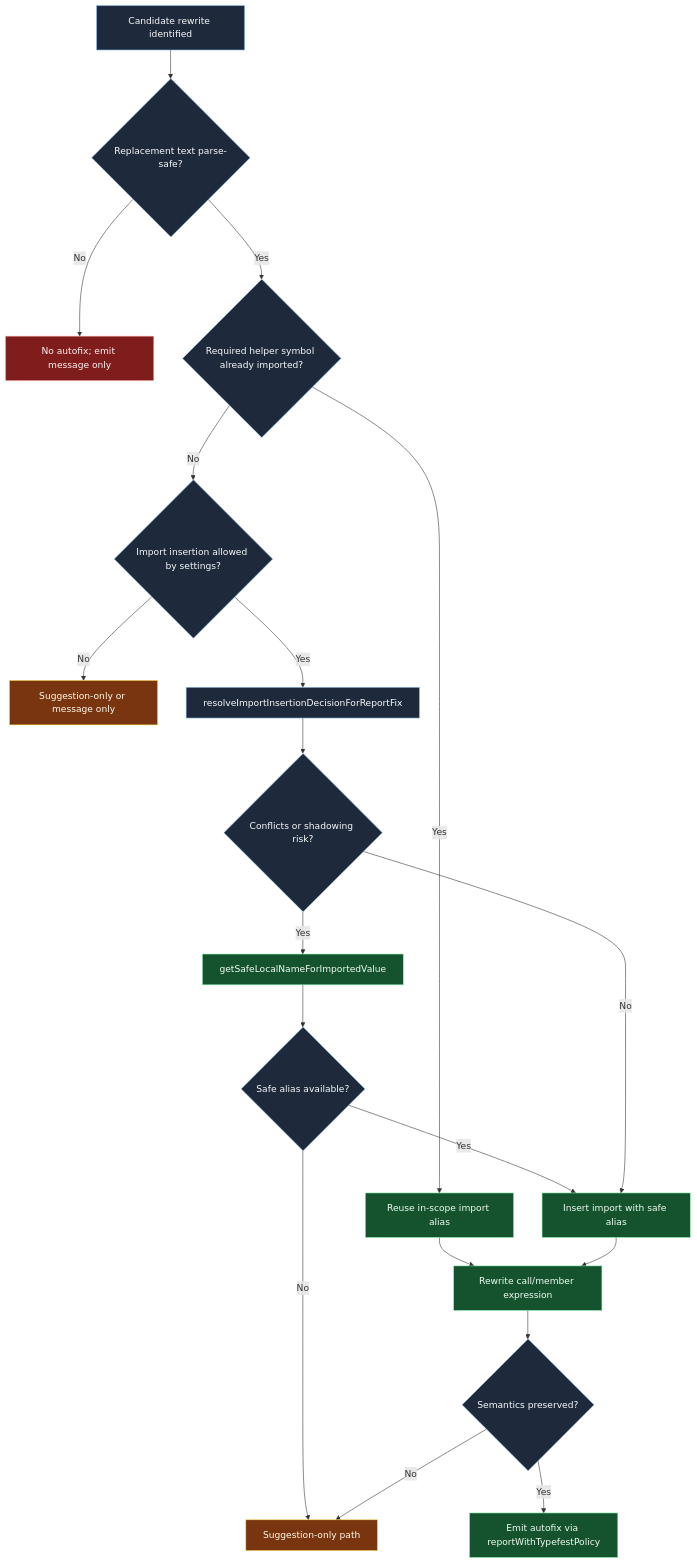
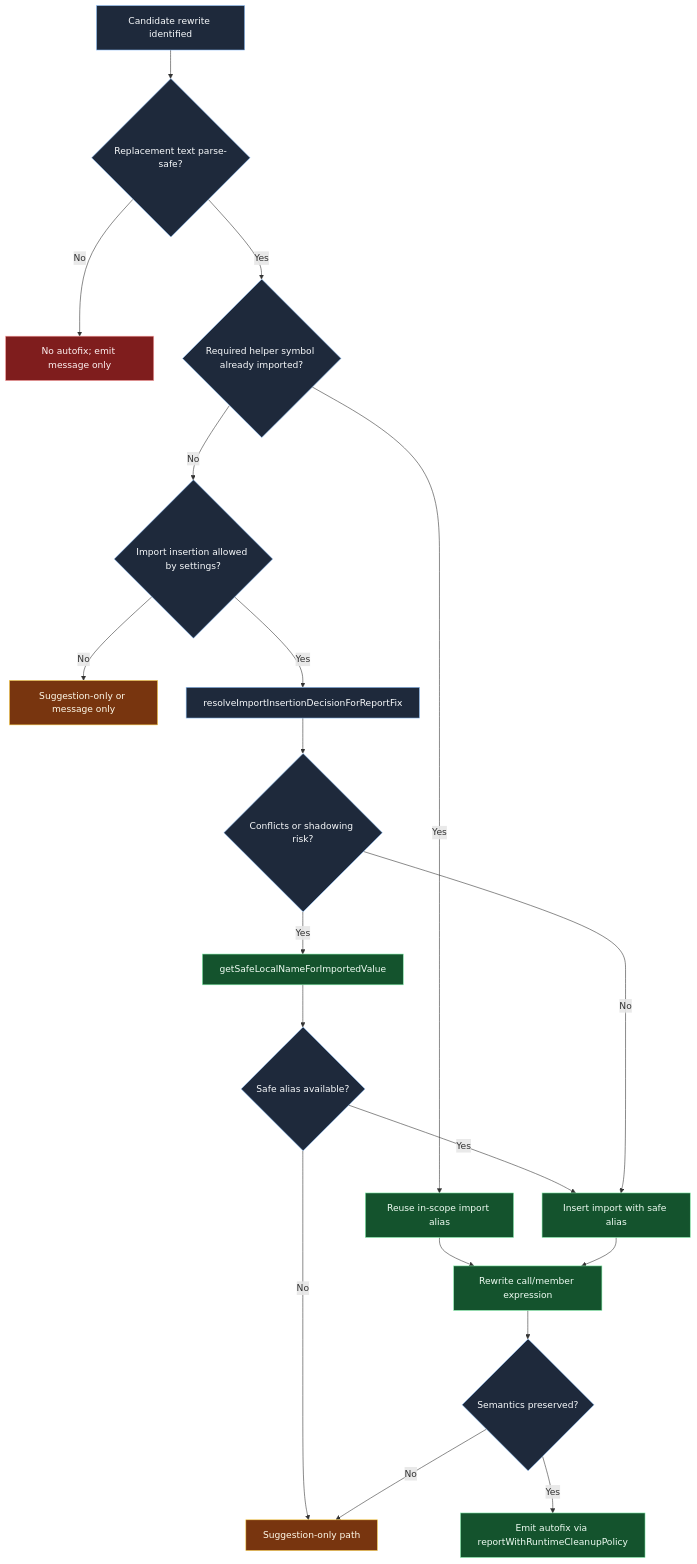
Before and after one commit to Nick2bad4u/eslint-plugin-runtime-cleanup: the diagram in docs/docusaurus/site-docs/developer/charts/import-safe-autofix-decision-tree.md, drawn with Mermaid. The commit also changed 814 other files, not shown here.

````diff
--- a/docs/docusaurus/site-docs/developer/charts/import-safe-autofix-decision-tree.md
+++ b/docs/docusaurus/site-docs/developer/charts/import-safe-autofix-decision-tree.md
@@ -11,35 +11,35 @@
 ```mermaid
 flowchart TD
     classDef check fill:#1e293b,stroke:#93c5fd,color:#f8fafc,stroke-width:1px
     classDef safe fill:#14532d,stroke:#86efac,color:#f0fdf4,stroke-width:1px
     classDef caution fill:#78350f,stroke:#fcd34d,color:#fffbeb,stroke-width:1px
     classDef stop fill:#7f1d1d,stroke:#fca5a5,color:#fef2f2,stroke-width:1px
 
     A[Candidate rewrite identified] --> B{Replacement text parse-safe?}
     B -->|No| X[No autofix; emit message only]
     B -->|Yes| C{Required helper symbol already imported?}
 
     C -->|Yes| D[Reuse in-scope import alias]
     C -->|No| E{Import insertion allowed by settings?}
     E -->|No| Y[Suggestion-only or message only]
     E -->|Yes| F[resolveImportInsertionDecisionForReportFix]
 
     F --> G{Conflicts or shadowing risk?}
     G -->|Yes| H[getSafeLocalNameForImportedValue]
     H --> I{Safe alias available?}
     I -->|No| Z[Suggestion-only path]
     I -->|Yes| J[Insert import with safe alias]
     G -->|No| J
 
     D --> K[Rewrite call/member expression]
     J --> K
 
     K --> L{Semantics preserved?}
     L -->|No| Z
-    L -->|Yes| M[Emit autofix via reportWithTypefestPolicy]
+    L -->|Yes| M[Emit autofix via reportWithRuntimeCleanupPolicy]
 
     class A,B,C,E,F,G,I,L check
     class D,H,J,K,M safe
     class Y,Z caution
     class X stop
 ```
````
